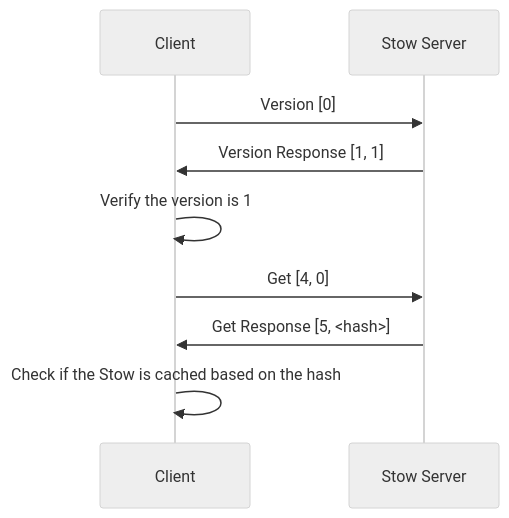
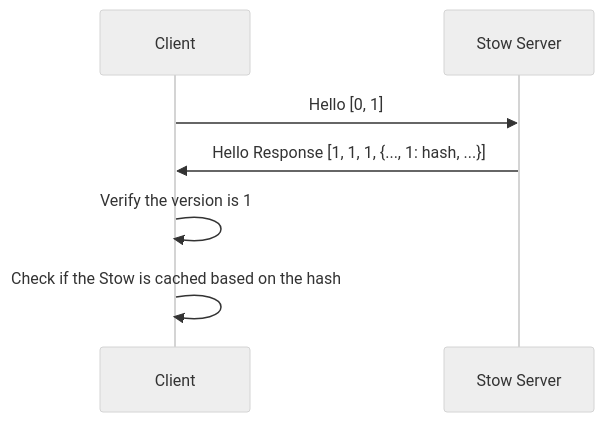
The first of 4 diagrams in docs/source/stow/protocol.rst (Demizo/Gantry), drawn with Mermaid before and after one commit. The commit also changed other lines of this file and 1 other file, not shown here.

```diff
--- a/docs/source/stow/protocol.rst
+++ b/docs/source/stow/protocol.rst
@@ -271,13 +180,11 @@
 .. mermaid::
 
     %%{init: {"theme": "neutral"}}%%
     sequenceDiagram
         participant C as Client
         participant S as Stow Server
 
-        C->>S: Version [0]
-        S->>C: Version Response [1, 1]
+        C->>S: Hello [0, 1]
+        S->>C: Hello Response [1, 1, 1, {..., 1: hash, ...}]
         C->>C: Verify the version is 1
-        C->>S: Get [4, 0]
-        S->>C: Get Response [5, <hash>]
         C->>C: Check if the Stow is cached based on the hash
```
